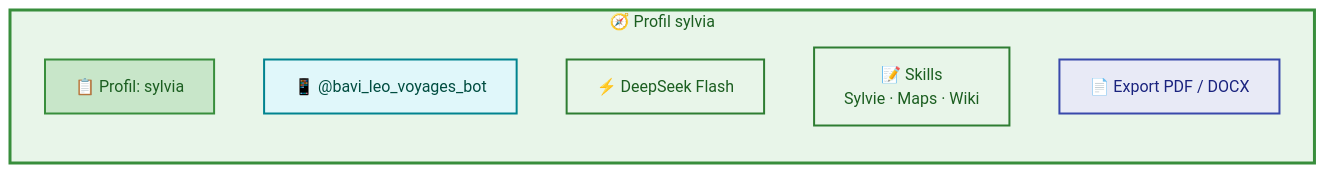
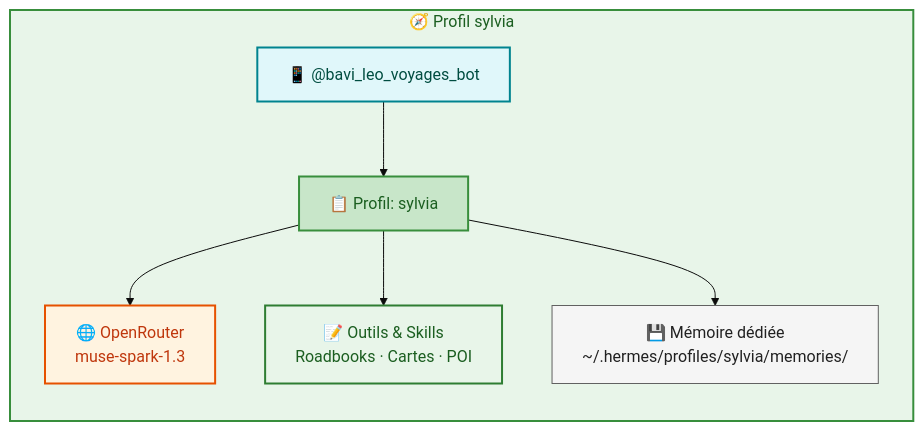
Before and after one commit to christophedanhier-hash/hermes-wiki: the fourth of 9 diagrams in docs/hermes/architecture-communication.md, drawn with Mermaid (base theme). The commit also changed other lines of this file and 3 other files, not shown here.

Commit message:
docs(hermes): update communication architecture and changelog

````diff
--- a/docs/hermes/architecture-communication.md
+++ b/docs/hermes/architecture-communication.md
@@ -177,18 +223,23 @@
 ```mermaid
 flowchart LR
-    subgraph BOT2["🧭 Profil sylvia"]
+    subgraph BOT3["🧭 Profil sylvia"]
         direction TB
         P2["📋 Profil: sylvia"]
         B2["📱 @bavi_leo_voyages_bot"]
-        M2["⚡ DeepSeek Flash"]
-        S2["📝 Skills<br/>Sylvie · Maps · Wiki"]
-        E2["📄 Export PDF / DOCX"]
+        M2["🌐 OpenRouter<br/>muse-spark-1.3"]
+        S2["📝 Outils & Skills<br/>Roadbooks · Cartes · POI"]
+        MEM2["💾 Mémoire dédiée<br/>~/.hermes/profiles/sylvia/memories/"]
     end
 
-    style BOT2 fill:#e8f5e9,stroke:#388e3c,stroke-width:3px,color:#1b5e20
+    B2 --> P2
+    P2 --> M2
+    P2 --> S2
+    P2 --> MEM2
+
+    style BOT3 fill:#e8f5e9,stroke:#388e3c,stroke-width:2px,color:#1b5e20
     style P2 fill:#c8e6c9,stroke:#388e3c,stroke-width:2px,color:#1b5e20
     style B2 fill:#e0f7fa,stroke:#00838f,stroke-width:2px,color:#004d40
-    style M2 fill:#e8f5e9,stroke:#2e7d32,stroke-width:2px,color:#1b5e20
+    style M2 fill:#fff3e0,stroke:#e65100,stroke-width:2px,color:#bf360c
     style S2 fill:#e8f5e9,stroke:#2e7d32,stroke-width:2px,color:#1b5e20
-    style E2 fill:#e8eaf6,stroke:#3949ab,stroke-width:2px,color:#1a237e
+    style MEM2 fill:#f5f5f5,stroke:#616161,stroke-width:1px,color:#212121
 ```
````
